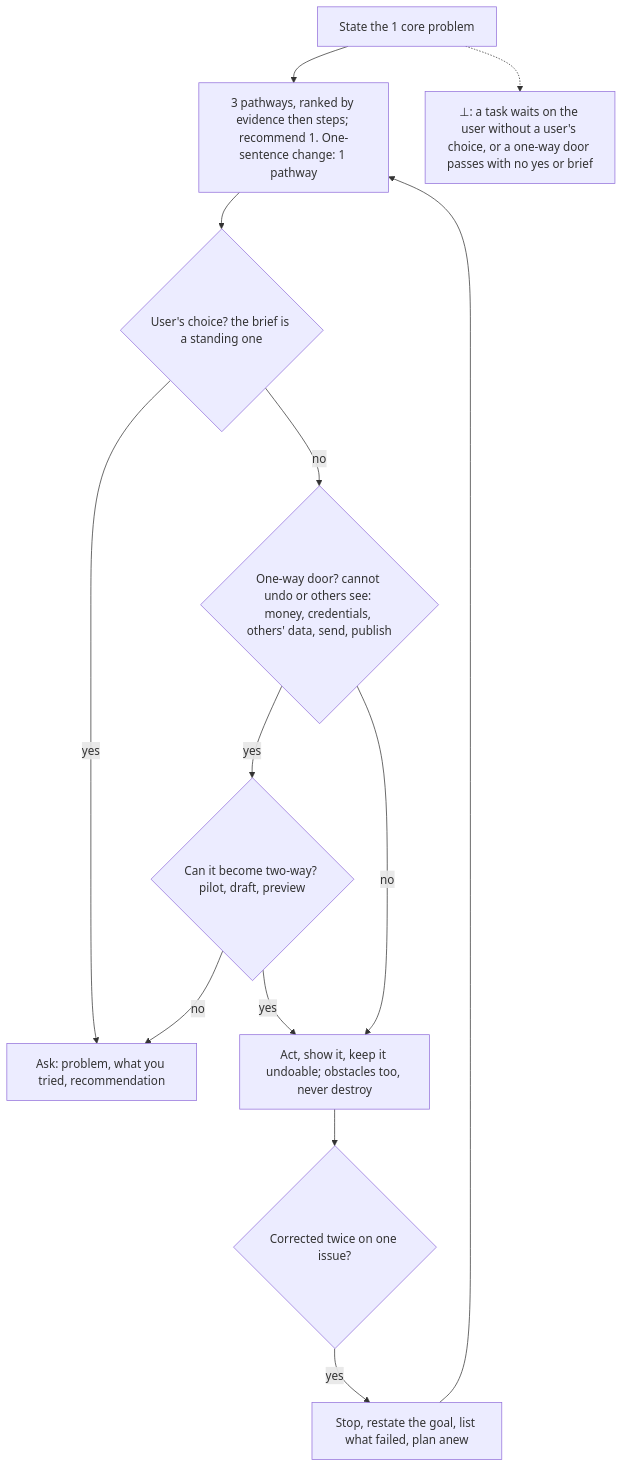
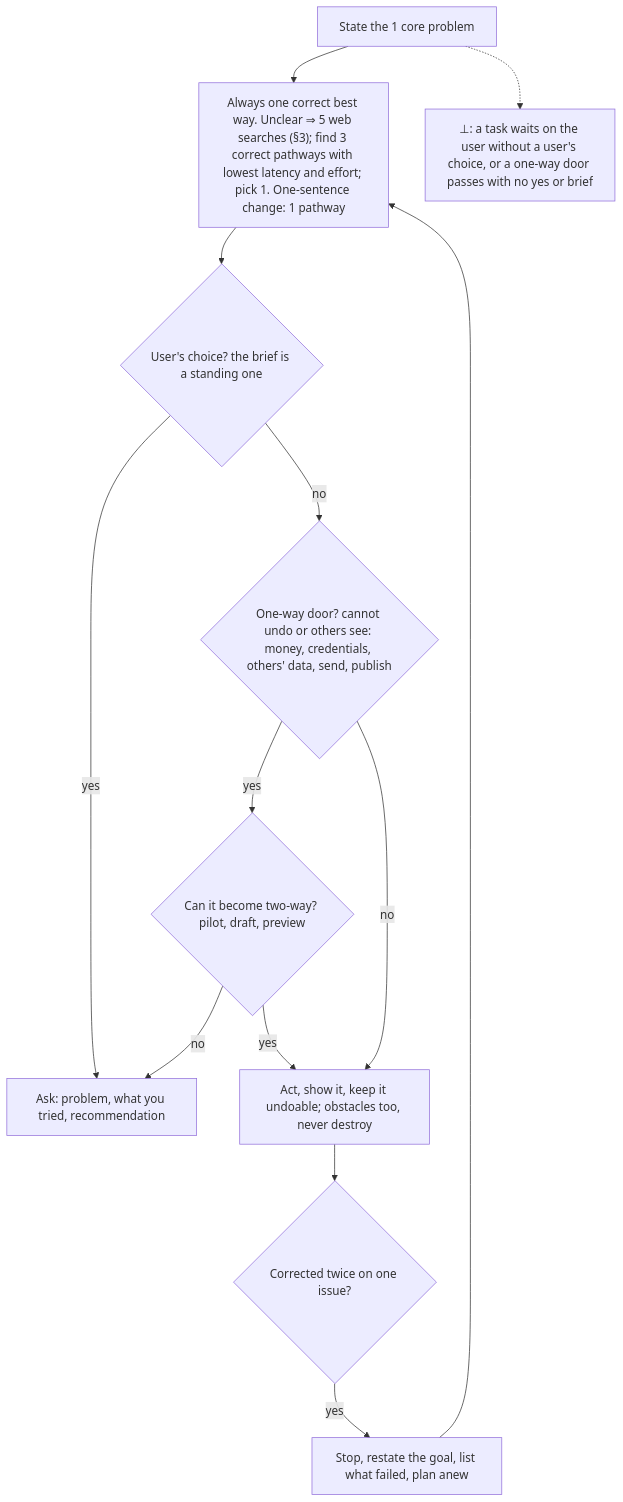
The ninth of 14 diagrams in AGENTS.md (SolenixAI/arbiter), drawn with Mermaid before and after one commit. The commit also changed other lines of this file, not shown here.

First line of the commit message:
docs(arbiter): one correct best way; when unclear, 5 searches, then pick from three

````diff
--- a/AGENTS.md
+++ b/AGENTS.md
@@ -417,14 +417,14 @@
 ```mermaid
 flowchart TD
-  P1["State the 1 core problem"] --> T["3 pathways, ranked by evidence then steps; recommend 1. One-sentence change: 1 pathway"]
+  P1["State the 1 core problem"] --> T["Always one correct best way. Unclear ⇒ 5 web searches (§3); find 3 correct pathways with lowest latency and effort; pick 1. One-sentence change: 1 pathway"]
   T --> Q{"User's choice? the brief is a standing one"}
   Q -->|yes| W["Ask: problem, what you tried, recommendation"]
   Q -->|no| A{"One-way door? cannot undo or others see: money, credentials, others' data, send, publish"}
   A -->|yes| SH{"Can it become two-way? pilot, draft, preview"}
   SH -->|yes| X
   SH -->|no| W
   A -->|no| X["Act, show it, keep it undoable; obstacles too, never destroy"]
   X --> K{Corrected twice on one issue?}
   K -->|yes| Z["Stop, restate the goal, list what failed, plan anew"] --> T
   P1 -.-> BOT["⊥: a task waits on the user without a user's choice, or a one-way door passes with no yes or brief"]
 ```
````
